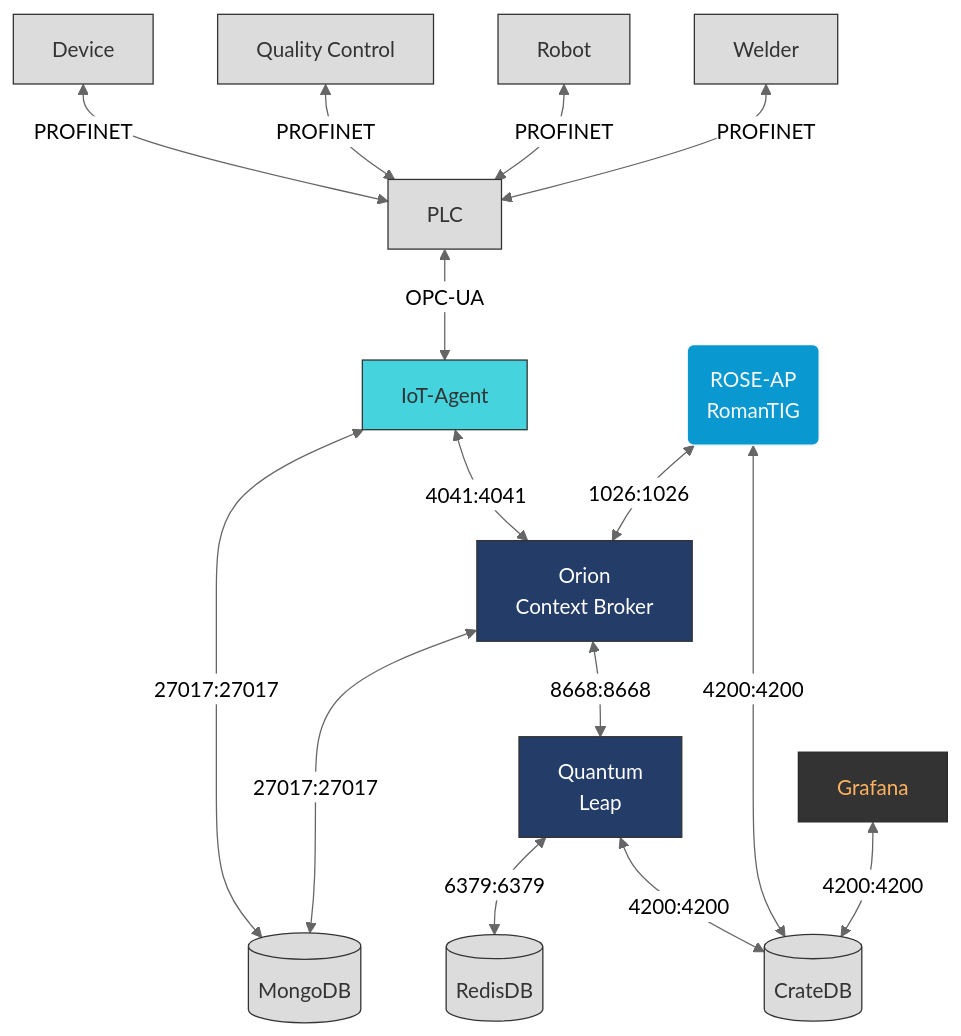
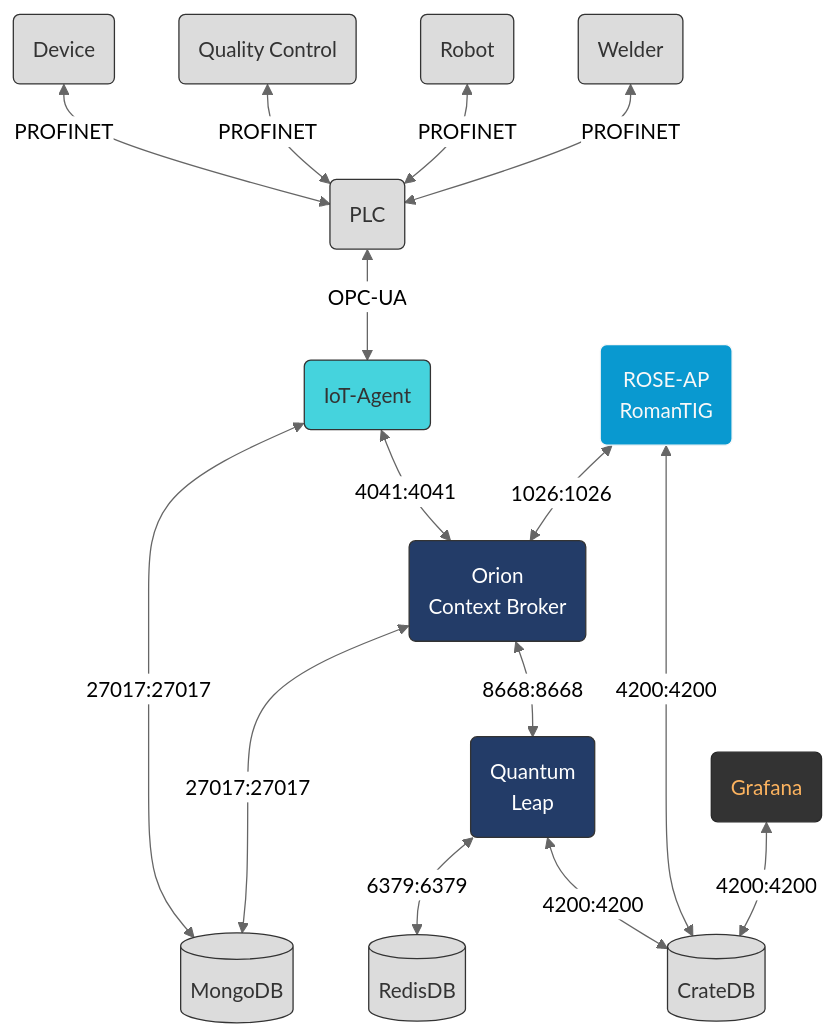
The second of 2 diagrams in README.md (claret-srl/ROMANTIG), drawn with Mermaid (neutral theme) before and after one commit.

Commit message:
Rounded corners in chart

````diff
--- a/README.md
+++ b/README.md
@@ -129,31 +129,31 @@
 ```mermaid
   flowchart TD
-    Welder[Welder]
-    Robot[Robot]
-    QC[Quality Control]
-    Device[Device]
-    PLC[PLC]
-    IoT-Agent[IoT-Agent]:::Cyan
-    Orion[Orion \n Context Broker]:::DarkBlue
-    Quantumleap[Quantum \n Leap]:::DarkBlue
+    Welder(Welder)
+    Robot(Robot)
+    QC(Quality Control)
+    Device(Device)
+    PLC(PLC)
+    IoT-Agent(IoT-Agent):::Cyan
+    Orion(Orion \n Context Broker):::DarkBlue
+    Quantumleap(Quantum \n Leap):::DarkBlue
     ROSE-AP(ROSE-AP \n RomanTIG):::Claret
     Redis[(RedisDB)]
     Mongo[(MongoDB)]
     Crate[(CrateDB)]
-    Grafana[Grafana]:::Grafana
+    Grafana(Grafana):::Grafana
 
     Orion & IoT-Agent <--27017:27017---> Mongo
     ROSE-AP <--1026:1026--> Orion
     Quantumleap <--6379:6379--> Redis
     Welder & Robot & QC & Device <--PROFINET--> PLC <--OPC-UA--> IoT-Agent <--4041:4041--> Orion <--8668:8668--> Quantumleap
     Grafana <--4200:4200--> Crate
     ROSE-AP  & Quantumleap <--4200:4200--> Crate
     
 classDef DarkBlue fill:#233C68,stroke:#333,color:#FFF
 classDef Cyan fill:#45D3DD,stroke:#333,color:#333
 classDef Gainsboro fill:Gainsboro,stroke:#333,color:#333
 classDef Grafana fill:#333,Stroke:#282828,color:#FCB35F
 classDef Claret fill:#0999D0,Stroke:#F8F8F8,color:#F8F8F8
 
 class Crate,Mongo,Redis,Welder,Robot,QC,Device,PLC Gainsboro
 ```
````
